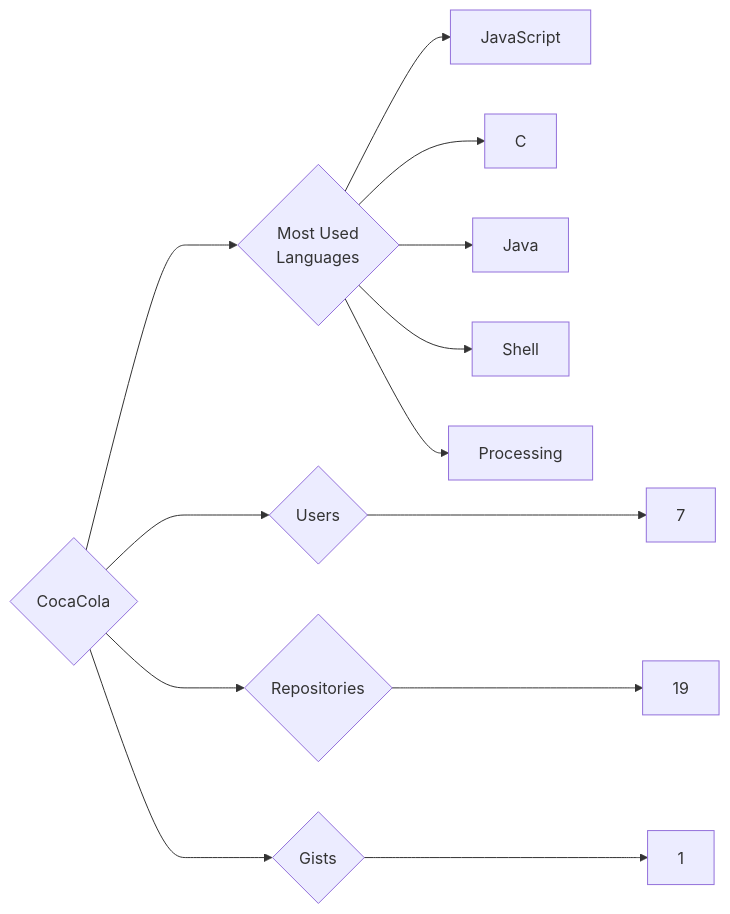
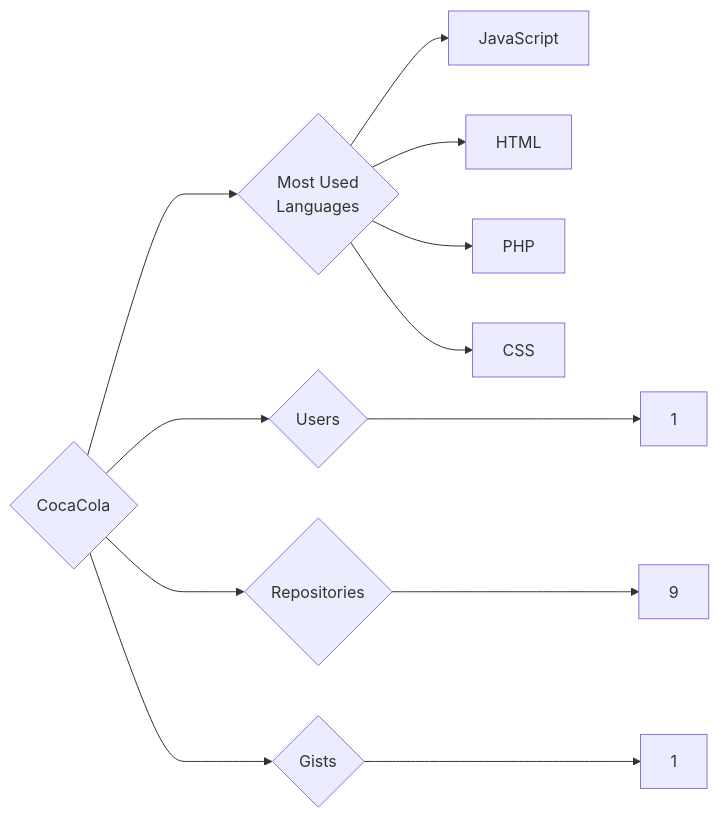
The diagram in targets/CocaCola/README.md (trickest/insiders), drawn with Mermaid before and after one commit. The commit also changed 865 other files, not shown here.

````diff
--- a/targets/CocaCola/README.md
+++ b/targets/CocaCola/README.md
@@ -3,13 +3,12 @@
 ```mermaid
 graph LR
 COMPANY_NAME{CocaCola}
-COMPANY_NAME ---> U{Users} ---> UN[7]
-COMPANY_NAME ---> R{Repositories} ---> RN[19]
+COMPANY_NAME ---> U{Users} ---> UN[1]
+COMPANY_NAME ---> R{Repositories} ---> RN[9]
 COMPANY_NAME ---> G{Gists} ---> GN[1]
 COMPANY_NAME ---> ML{Most Used<br>Languages}
 ML --> JavaScript[JavaScript]
-ML --> C[C]
-ML --> Java[Java]
-ML --> Shell[Shell]
-ML --> Processing[Processing]
+ML --> HTML[HTML]
+ML --> PHP[PHP]
+ML --> CSS[CSS]
 ```
````
